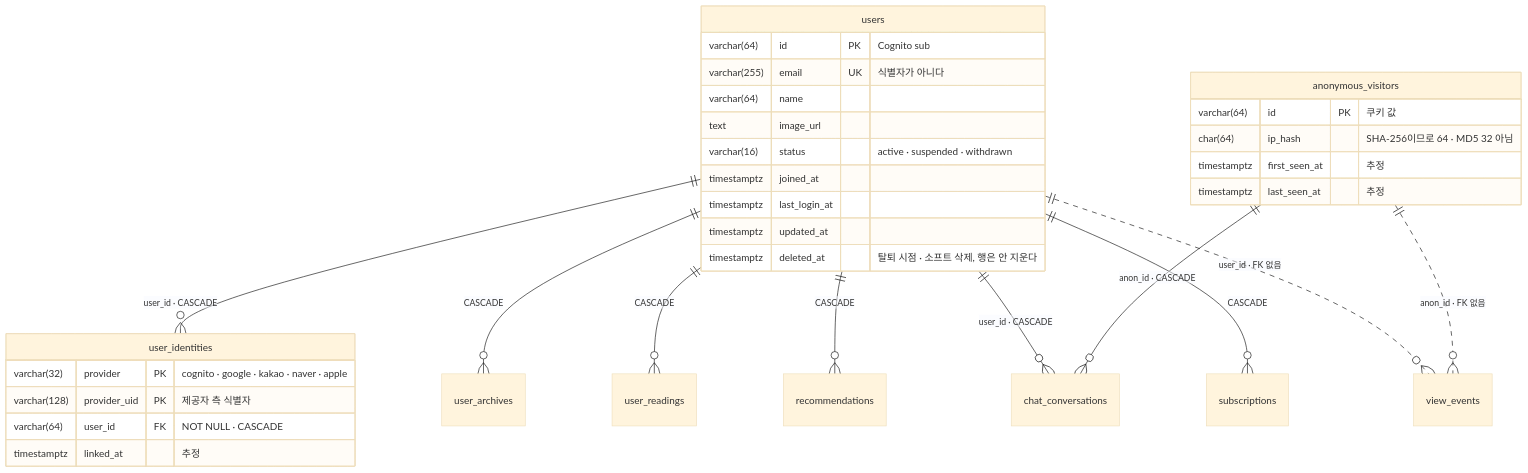
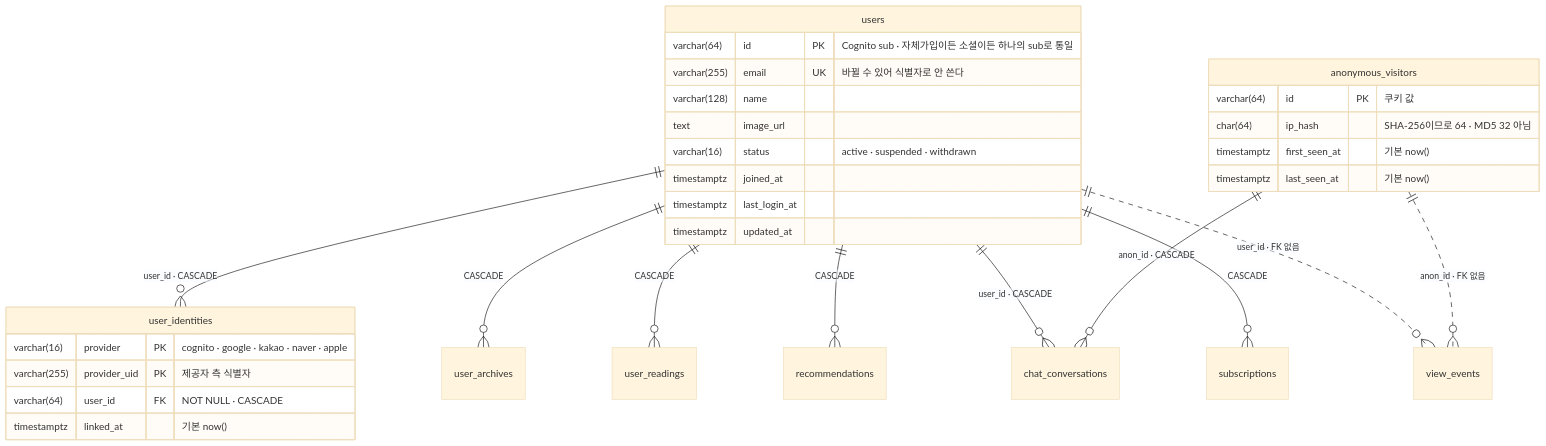
One commit to sedaily-ai/AILENS changed the diagram in docs/architecture/lens-erd-src/06-users.mmd. Above: the diagram before and after it, drawn with Mermaid (base theme). The commit also changed 14 other files, not shown here.

First line of the commit message:
docs(db): 원본 lens_schema.sql 확보 후 ERD 전체 대조·정정

```diff
--- a/docs/architecture/lens-erd-src/06-users.mmd
+++ b/docs/architecture/lens-erd-src/06-users.mmd
@@ -1,40 +1,40 @@
 erDiagram
   users {
-    varchar(64) id PK "Cognito sub"
-    varchar(255) email UK "식별자가 아니다"
-    varchar(64) name
+    varchar(64) id PK "Cognito sub · 자체가입이든 소셜이든 하나의 sub로 통일"
+    varchar(255) email UK "바뀔 수 있어 식별자로 안 쓴다"
+    varchar(128) name
     text image_url
     varchar(16) status "active · suspended · withdrawn"
     timestamptz joined_at
     timestamptz last_login_at
     timestamptz updated_at
-    timestamptz deleted_at "탈퇴 시점 · 소프트 삭제, 행은 안 지운다"
   }
   user_identities {
-    varchar(32) provider PK "cognito · google · kakao · naver · apple"
-    varchar(128) provider_uid PK "제공자 측 식별자"
+    varchar(16) provider PK "cognito · google · kakao · naver · apple"
+    varchar(255) provider_uid PK "제공자 측 식별자"
     varchar(64) user_id FK "NOT NULL · CASCADE"
-    timestamptz linked_at "추정"
+    timestamptz linked_at "기본 now()"
   }
   anonymous_visitors {
     varchar(64) id PK "쿠키 값"
     char(64) ip_hash "SHA-256이므로 64 · MD5 32 아님"
-    timestamptz first_seen_at "추정"
-    timestamptz last_seen_at "추정"
+    timestamptz first_seen_at "기본 now()"
+    timestamptz last_seen_at "기본 now()"
   }
 
   users ||--o{ user_identities : "user_id · CASCADE"
   users ||--o{ user_archives : "CASCADE"
   users ||--o{ user_readings : "CASCADE"
   users ||--o{ recommendations : "CASCADE"
   users ||--o{ chat_conversations : "user_id · CASCADE"
   users ||--o{ subscriptions : "CASCADE"
   users ||..o{ view_events : "user_id · FK 없음"
   anonymous_visitors ||--o{ chat_conversations : "anon_id · CASCADE"
   anonymous_visitors ||..o{ view_events : "anon_id · FK 없음"
 
-  %% 삭제 정책 (논리 설계 결정, 2026-09-08)
-  %% 탈퇴 = 즉시 소프트 삭제(status='withdrawn' + deleted_at 기록, 행 유지) →
-  %% 위 CASCADE는 이 시점엔 발동하지 않는다. 법정 보존기간(예: 30일) 경과 후
-  %% 별도 하드 삭제 배치가 행을 실제로 지울 때만 CASCADE가 발동한다.
-  %% 정확한 보존기간·PII 익명화 범위는 법무 확인 필요 — worklog 참조.
+  %% 삭제 정책 미확정 (원본 lens_디비.sql 확인 결과, 2026-09-08):
+  %% users 테이블엔 status='withdrawn' 값만 있고 deleted_at 등 소프트 삭제
+  %% 컬럼이 없다. 하위 테이블은 전부 ON DELETE CASCADE(행이 실제로 지워지는
+  %% 걸 전제). 즉 "탈퇴 시 행을 언제·어떻게 지우는가"가 원본 스키마에도
+  %% 정의돼 있지 않다 — 코드/운영 정책으로 보완해야 하는 영역. 원본에 없는
+  %% 컬럼을 임의로 추가하지 않는다 — worklog 참조.
```
